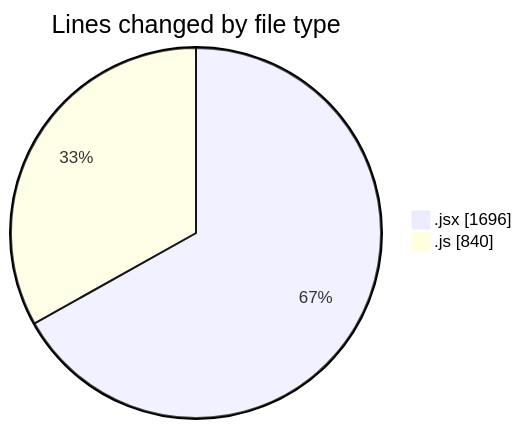
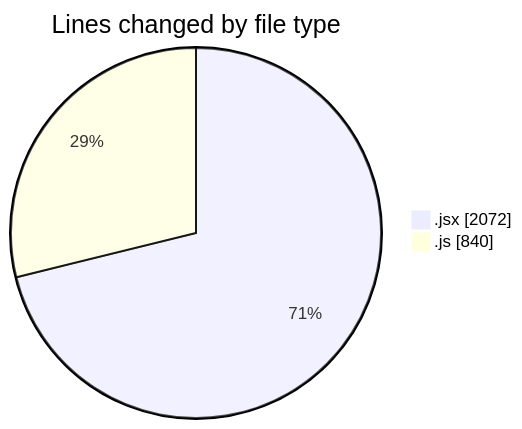
One commit to nxtqubesakshisongat/code-tracking changed the first of 2 diagrams in 2025-06-28/argos/README.md. Above: the diagram before and after it, drawn with Mermaid. The commit also changed other lines of this file and 1 other file, not shown here.

````diff
--- a/2025-06-28/argos/README.md
+++ b/2025-06-28/argos/README.md
@@ -25,6 +26,6 @@
 ```mermaid
 pie showData
 title Lines changed by file type
-".jsx" : 1696
+".jsx" : 2072
 ".js" : 840
 ```
````
